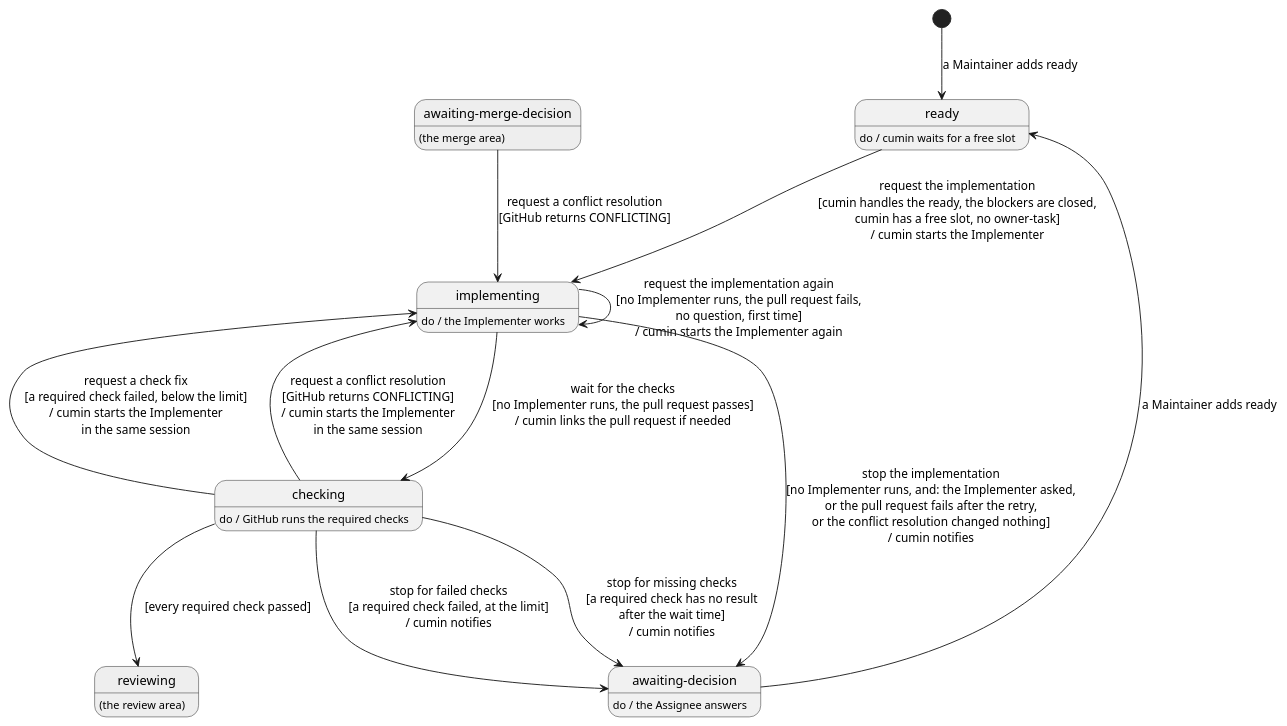
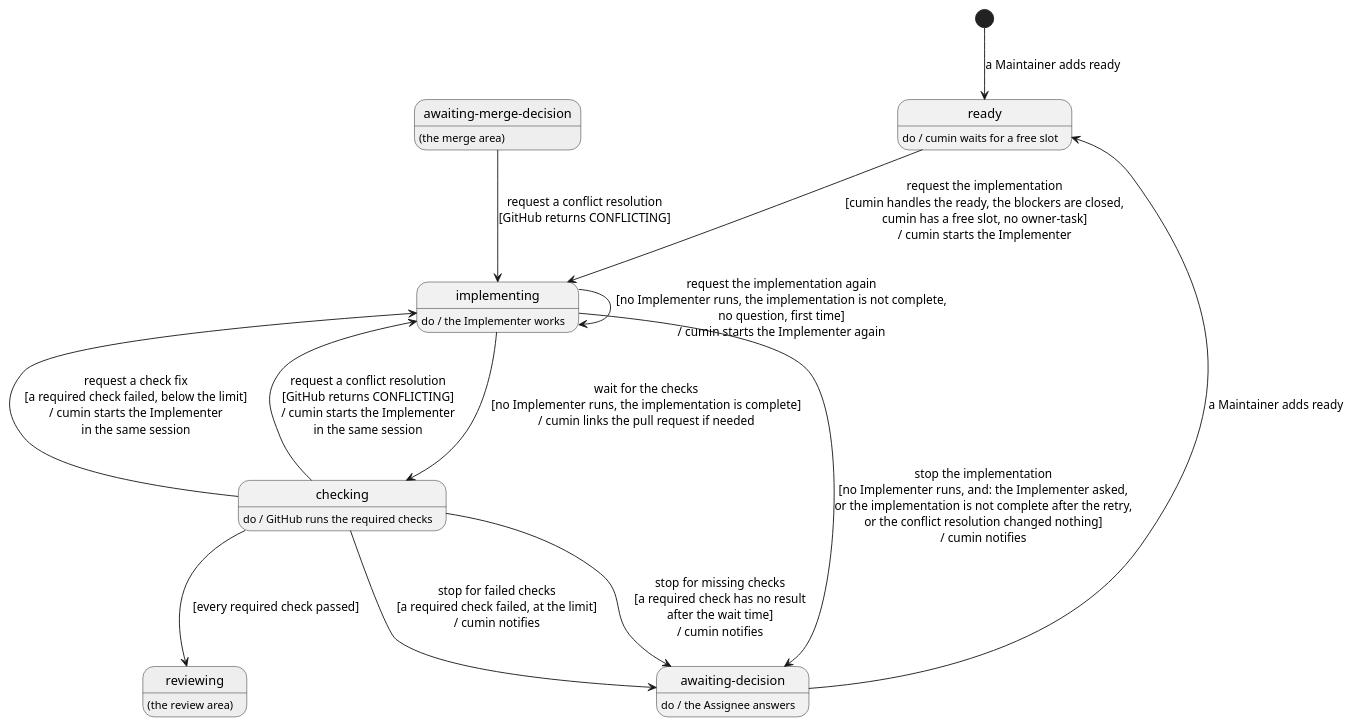
The diagram in docs/ja/requirements/impl/overview.puml (cloveclovedev/cumin-works), drawn with PlantUML before and after one commit. The commit also changed 4 other files, not shown here.

```diff
--- a/docs/ja/requirements/impl/overview.puml
+++ b/docs/ja/requirements/impl/overview.puml
@@ -1,40 +1,40 @@
 @startuml overview
 ' cumin-works - the states of an implementation issue in the implementation stage.
 ' A state is a label on GitHub, written without "cumin/status/". "do /" says who works in the state.
 ' A transition is written: action [guard] / what cumin does. A gray state belongs to another area.
 ' Render: run scripts/render-diagrams.sh at the root of the repository.
 
 hide empty description
 
 state "ready" as Ready
 Ready : do / cumin waits for a free slot
 
 state "implementing" as Implementing
 Implementing : do / the Implementer works
 
 state "checking" as Checking
 Checking : do / GitHub runs the required checks
 
 state "awaiting-decision" as Decision
 Decision : do / the Assignee answers
 
 state "reviewing" as Reviewing #EEEEEE
 Reviewing : (the review area)
 
 state "awaiting-merge-decision" as MergeDecision #EEEEEE
 MergeDecision : (the merge area)
 
 [*] --> Ready : a Maintainer adds ready
 Ready --> Implementing : request the implementation\n[cumin handles the ready, the blockers are closed,\ncumin has a free slot, no owner-task]\n/ cumin starts the Implementer
-Implementing --> Checking : wait for the checks\n[no Implementer runs, the pull request passes]\n/ cumin links the pull request if needed
-Implementing --> Implementing : request the implementation again\n[no Implementer runs, the pull request fails,\nno question, first time]\n/ cumin starts the Implementer again
-Implementing --> Decision : stop the implementation\n[no Implementer runs, and: the Implementer asked,\nor the pull request fails after the retry,\nor the conflict resolution changed nothing]\n/ cumin notifies
+Implementing --> Checking : wait for the checks\n[no Implementer runs, the implementation is complete]\n/ cumin links the pull request if needed
+Implementing --> Implementing : request the implementation again\n[no Implementer runs, the implementation is not complete,\nno question, first time]\n/ cumin starts the Implementer again
+Implementing --> Decision : stop the implementation\n[no Implementer runs, and: the Implementer asked,\nor the implementation is not complete after the retry,\nor the conflict resolution changed nothing]\n/ cumin notifies
 Checking --> Implementing : request a check fix\n[a required check failed, below the limit]\n/ cumin starts the Implementer\nin the same session
 Checking --> Decision : stop for failed checks\n[a required check failed, at the limit]\n/ cumin notifies
 Checking --> Decision : stop for missing checks\n[a required check has no result\nafter the wait time]\n/ cumin notifies
 Checking --> Implementing : request a conflict resolution\n[GitHub returns CONFLICTING]\n/ cumin starts the Implementer\nin the same session
 MergeDecision --> Implementing : request a conflict resolution\n[GitHub returns CONFLICTING]
 Checking --> Reviewing : [every required check passed]
 Decision --> Ready : a Maintainer adds ready
 
 @enduml
```
